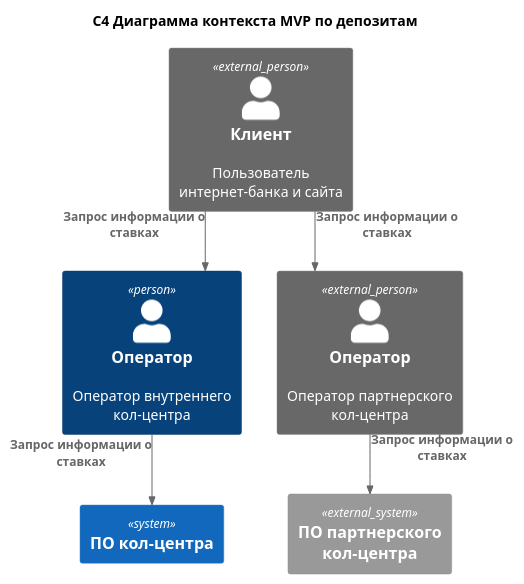
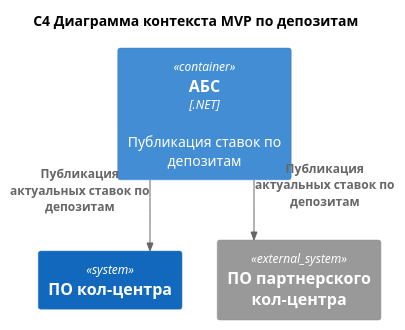
The diagram in Task4/context.puml (Adskoy/architecture-sprint-9), drawn with PlantUML before and after one commit. The commit also changed 3 other files, not shown here.

```diff
--- a/Task4/context.puml
+++ b/Task4/context.puml
@@ -1,21 +1,15 @@
 @startuml
 title C4 Диаграмма контекста MVP по депозитам
 top to bottom direction
 !includeurl https://raw.githubusercontent.com/plantuml-stdlib/C4-PlantUML/master/C4_Component.puml
 skinparam linetype ortho
 
-Person_Ext(user, "Клиент", "Пользователь интернет-банка и сайта")
-Person(operator, "Оператор", "Оператор внутреннего кол-центра")
-Person_Ext(operator_ext, "Оператор", "Оператор партнерского кол-центра")
 
 System(call, "ПО кол-центра", "")
 System_Ext(call_ext, "ПО партнерского кол-центра", "")
+Container(abs, "АБС", ".NET", "Публикация ставок по депозитам")
 
-Rel(user, operator, "Запрос информации о ставках")
-Rel(user, operator_ext, "Запрос информации о ставках")
-
-Rel(operator, call, "Запрос информации о ставках")
-Rel(operator_ext, call_ext, "Запрос информации о ставках")
-
+Rel(abs, call, "Публикация актуальных ставок по депозитам")
+Rel(abs, call_ext, "Публикация актуальных ставок по депозитам")
 
 @enduml
```
